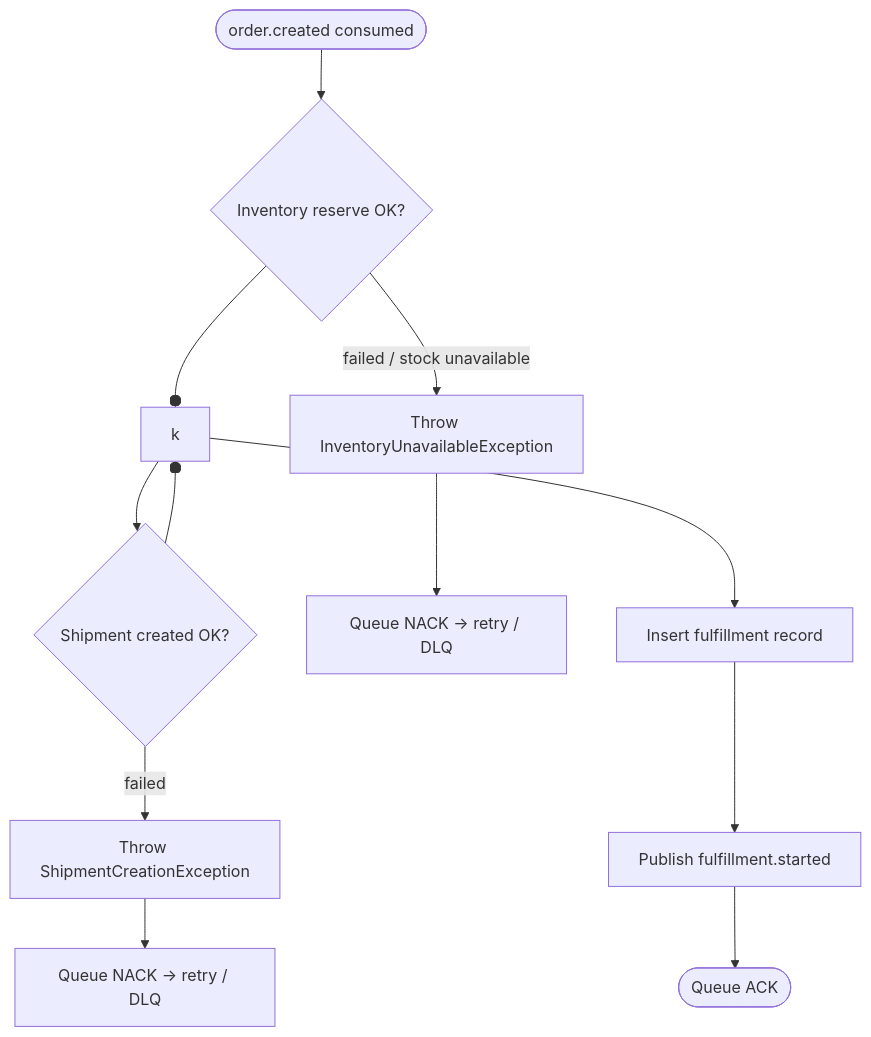
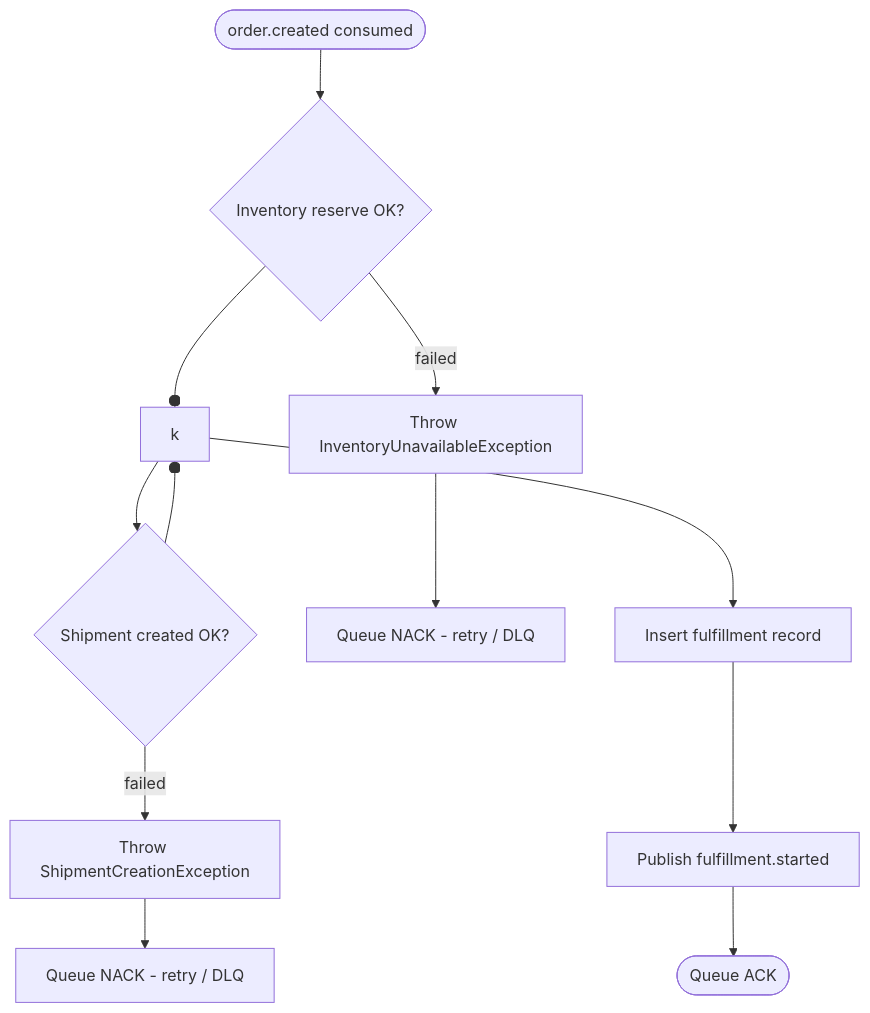
One commit to minh-lb/ai-tools changed the third of 4 diagrams in generate-flow/references/example-order-fulfillment-flow.md. Above: the diagram before and after it, drawn with Mermaid. The commit also changed other lines of this file and 1 other file, not shown here.

First line of the commit message:
fix(skills): cross-file consistency pass on generate-flow

````diff
--- a/generate-flow/references/example-order-fulfillment-flow.md
+++ b/generate-flow/references/example-order-fulfillment-flow.md
@@ -249,19 +181,19 @@
 ```mermaid
 flowchart TD
     Start([order.created consumed])
     R1{Inventory reserve OK?}
     R2{Shipment created OK?}
     E1[Throw InventoryUnavailableException]
     E2[Throw ShipmentCreationException]
-    Retry1[Queue NACK → retry / DLQ]
-    Retry2[Queue NACK → retry / DLQ]
+    Retry1[Queue NACK - retry / DLQ]
+    Retry2[Queue NACK - retry / DLQ]
     Persist[Insert fulfillment record]
     Publish[Publish fulfillment.started]
     Done([Queue ACK])
 
     Start --> R1
-    R1 --failed / stock unavailable--> E1 --> Retry1
+    R1 --failed--> E1 --> Retry1
     R1 --ok--> R2
     R2 --failed--> E2 --> Retry2
     R2 --ok--> Persist --> Publish --> Done
 ```
````
